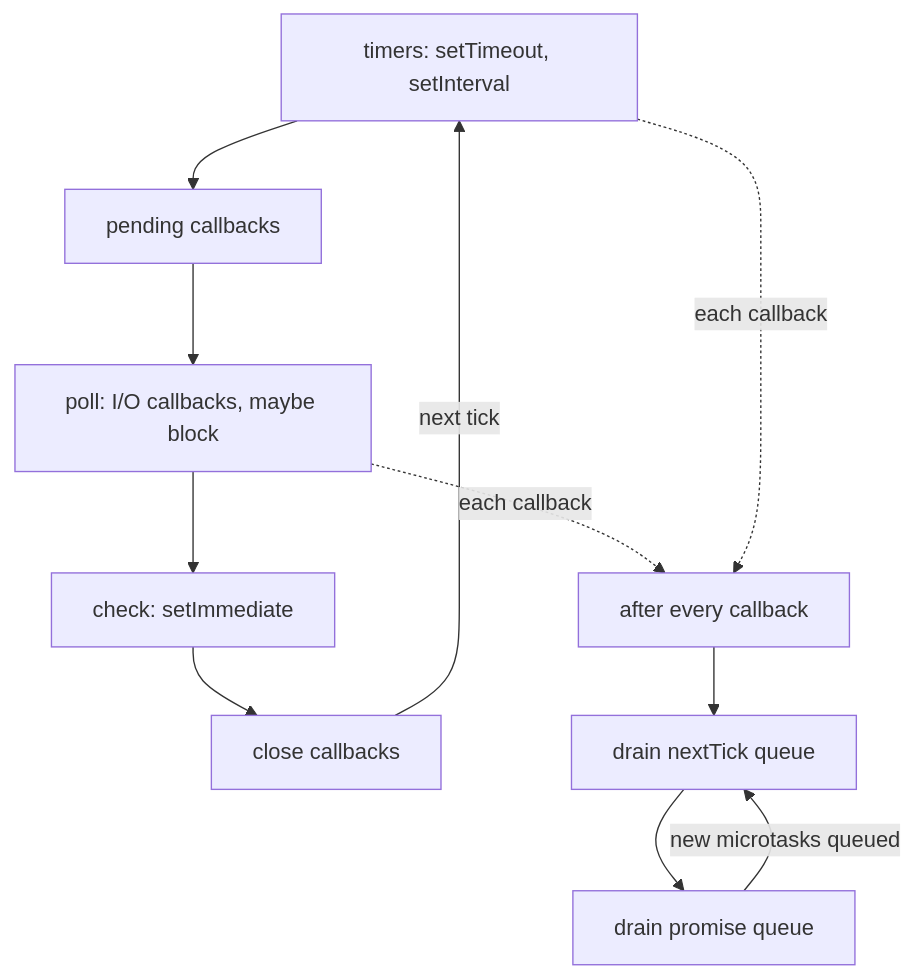
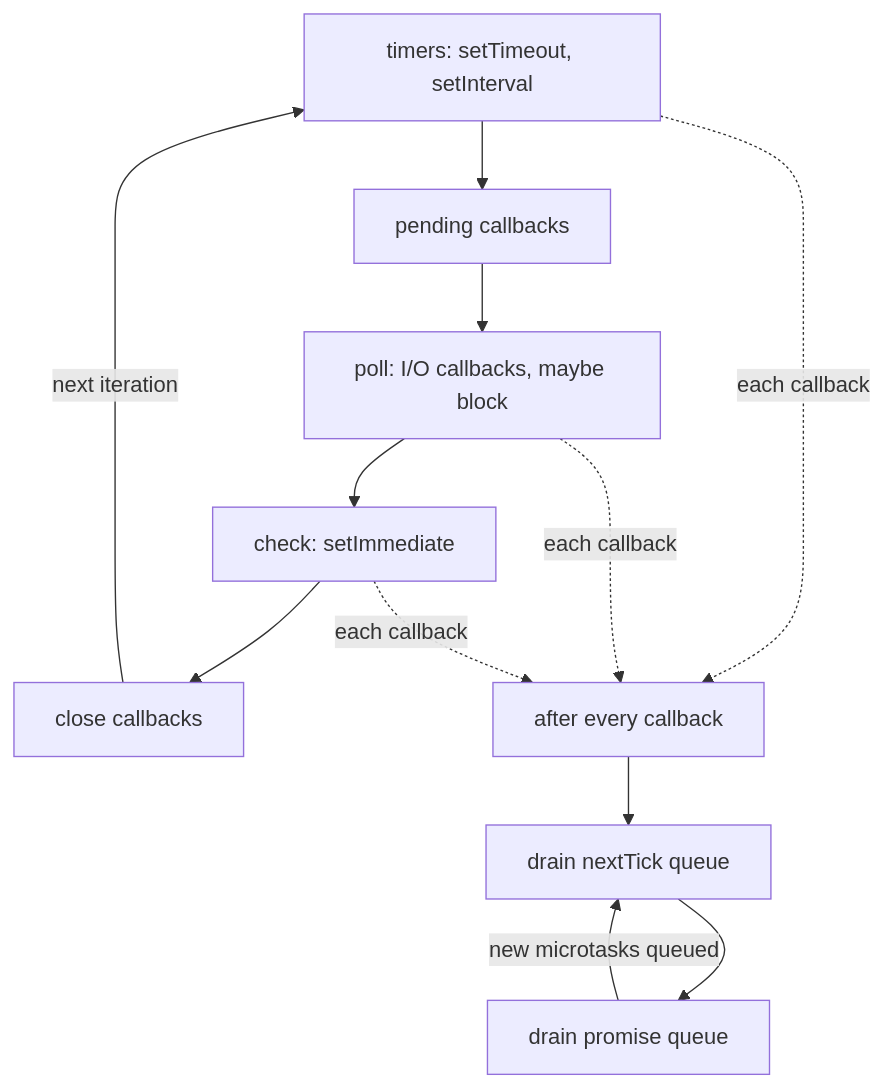
The diagram in content/node-ts-for-ai/event-loop-and-microtask-queue.md (lovishmahajan97/agentic-learning), drawn with Mermaid before and after one commit. The commit also changed other lines of this file and 213 other files, not shown here.

````diff
--- a/content/node-ts-for-ai/event-loop-and-microtask-queue.md
+++ b/content/node-ts-for-ai/event-loop-and-microtask-queue.md
@@ -132,13 +132,14 @@
 ```mermaid
 flowchart TD
     T["timers: setTimeout, setInterval"] --> PC["pending callbacks"]
     PC --> P["poll: I/O callbacks, maybe block"]
     P --> C["check: setImmediate"]
     C --> CL["close callbacks"]
-    CL -->|"next tick"| T
+    CL -->|"next iteration"| T
     CB["after every callback"] --> N["drain nextTick queue"]
     N --> PR["drain promise queue"]
     PR -->|"new microtasks queued"| N
+    T -.->|"each callback"| CB
     P -.->|"each callback"| CB
-    T -.->|"each callback"| CB
+    C -.->|"each callback"| CB
 ```
````
